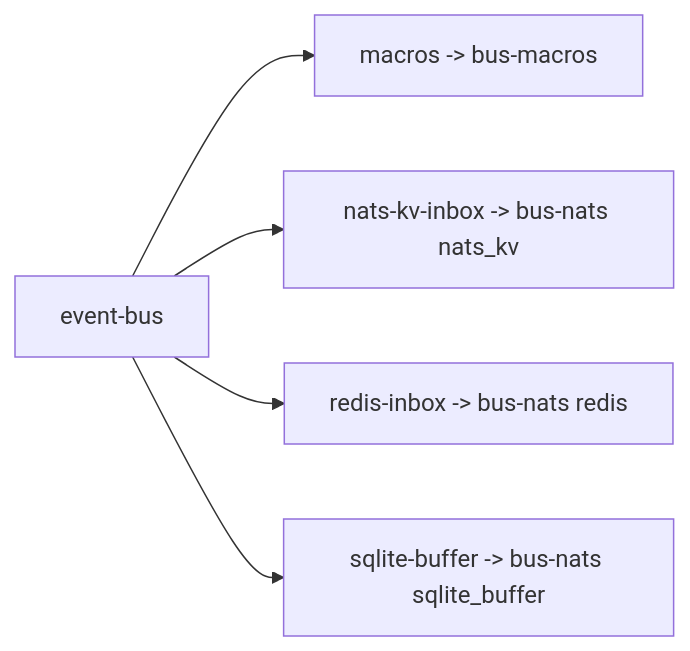
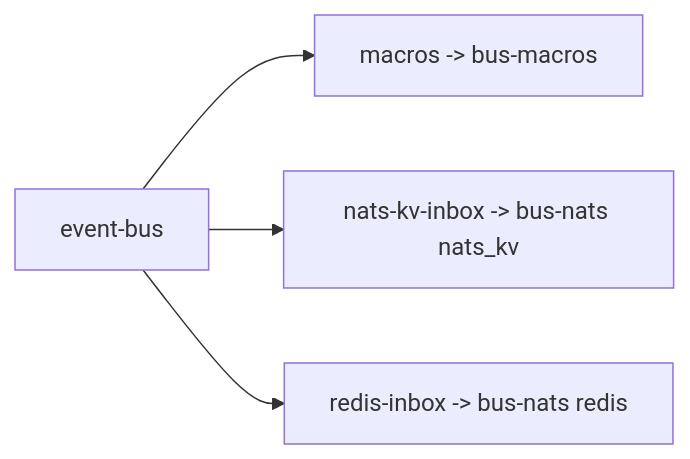
One commit to scriptkid23/eventbus-rs changed the second of 3 diagrams in docs/diagrams/system-diagrams.md. Above: the diagram before and after it, drawn with Mermaid. The commit also changed other lines of this file and 24 other files, not shown here.

First line of the commit message:
feat(bus-nats): v0.1.1 production readiness (KV config, Redis inbox, DLQ auto-create, connect options)

````diff
--- a/docs/diagrams/system-diagrams.md
+++ b/docs/diagrams/system-diagrams.md
@@ -23,13 +23,11 @@
 ```mermaid
 flowchart LR
     eventBus[event-bus]
     macros["macros -> bus-macros"]
     natsKv["nats-kv-inbox -> bus-nats nats_kv"]
     redisInbox["redis-inbox -> bus-nats redis"]
-    sqliteBuffer["sqlite-buffer -> bus-nats sqlite_buffer"]
 
     eventBus --> macros
     eventBus --> natsKv
     eventBus --> redisInbox
-    eventBus --> sqliteBuffer
 ```
````
